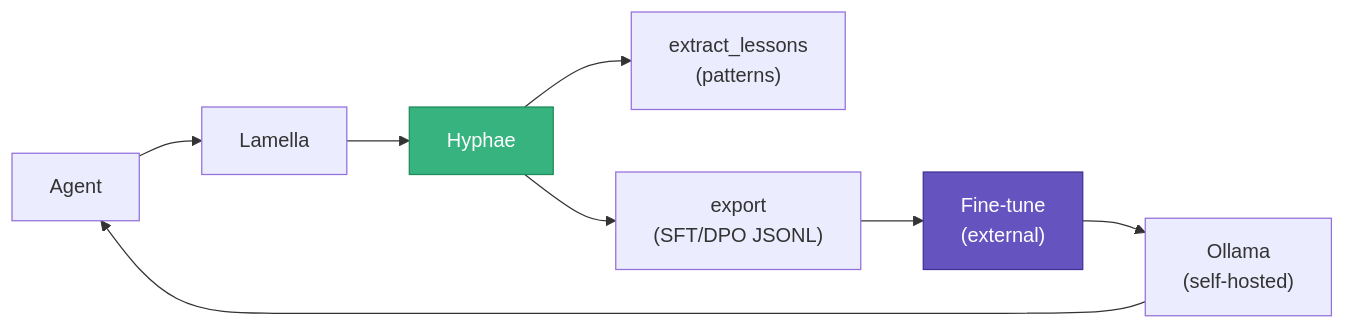
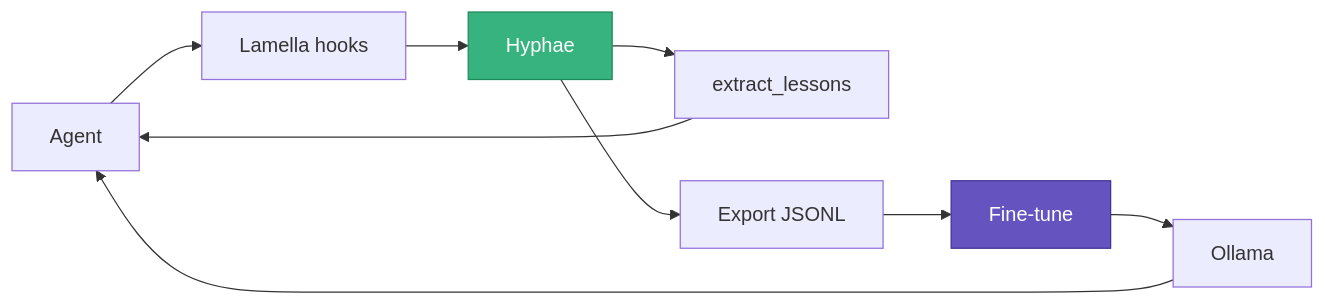
One commit to basidiocarp/.github changed the third of 4 diagrams in profile/README.md. Above: the diagram before and after it, drawn with Mermaid. The commit also changed other lines of this file, not shown here.

Commit message:
docs: clean up profile README — fix mermaid, tighten prose

````diff
--- a/profile/README.md
+++ b/profile/README.md
@@ -107,12 +104,14 @@
 ```mermaid
 flowchart LR
-    Session["Agent"] --> Hooks["Lamella"] --> H["Hyphae"]
-    H --> Lessons["extract_lessons<br/>(patterns)"]
-    H --> Export["export<br/>(SFT/DPO JSONL)"]
-    Export --> FT["Fine-tune<br/>(external)"]
-    FT --> Serve["Ollama<br/>(self-hosted)"]
-    Serve --> Session
+    Agent["Agent"] --> Hooks["Lamella hooks"]
+    Hooks --> Hyphae["Hyphae"]
+    Hyphae --> Lessons["extract_lessons"]
+    Hyphae --> Export["Export JSONL"]
+    Export --> FT["Fine-tune"]
+    FT --> Ollama["Ollama"]
+    Ollama --> Agent
+    Lessons --> Agent
 
-    style H fill:#36b37e,stroke:#1f8a5a,color:#fff
+    style Hyphae fill:#36b37e,stroke:#1f8a5a,color:#fff
     style FT fill:#6554c0,stroke:#403294,color:#fff
 ```
````
